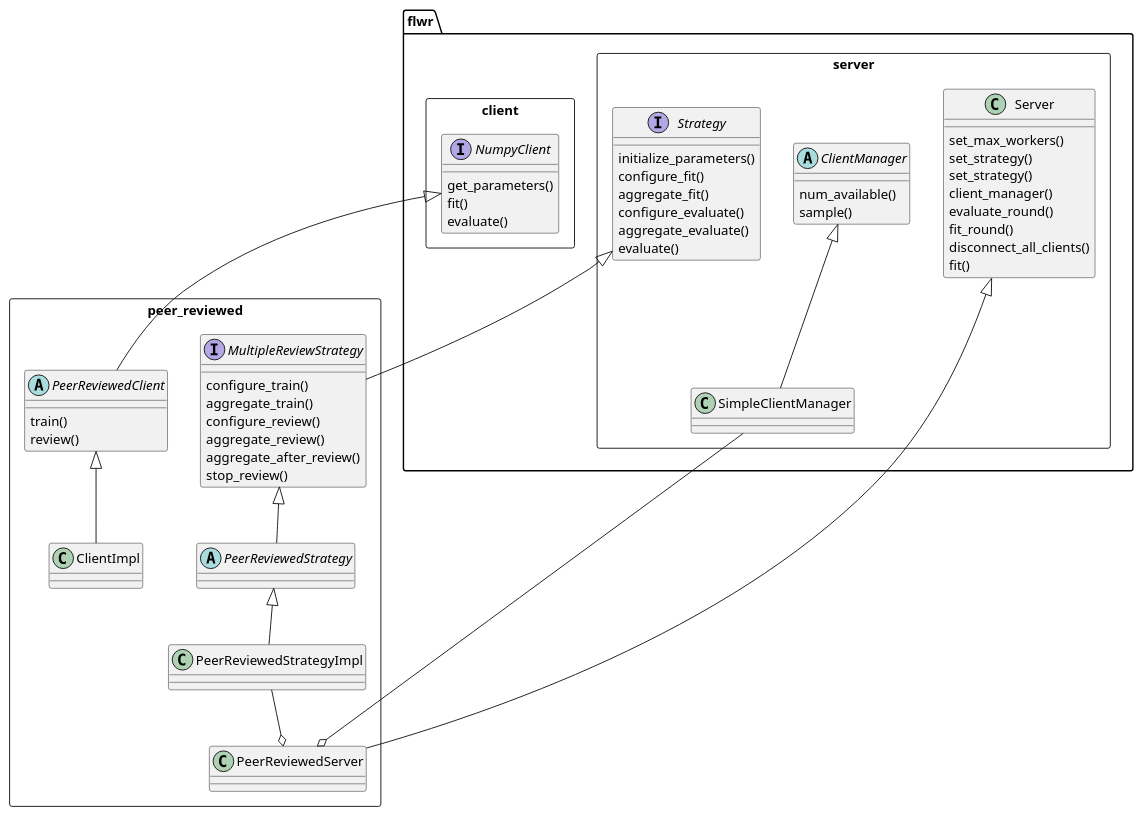
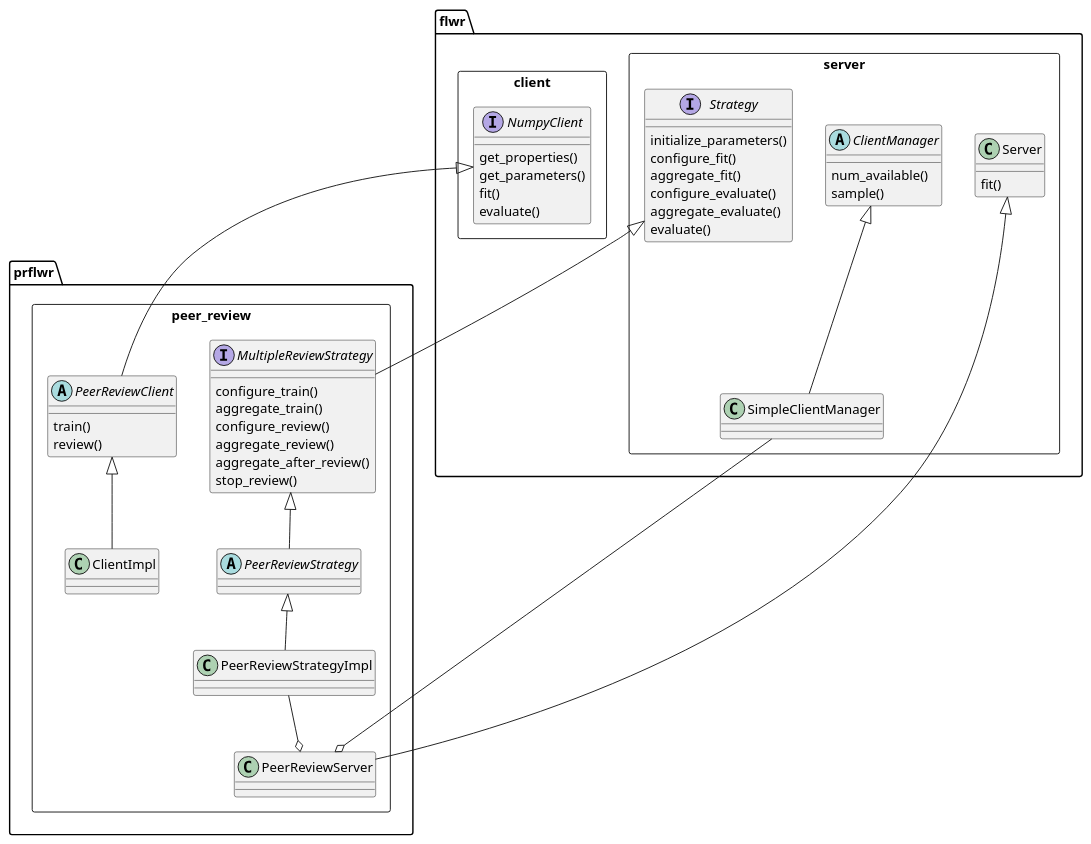
Before and after one commit to passerim/peer-review-flower: the diagram in doc/imgs/classi.puml, drawn with PlantUML. The commit also changed 5 other files, not shown here.

Commit message:
Updated diagrams and readme

```diff
--- a/doc/imgs/classi.puml
+++ b/doc/imgs/classi.puml
@@ -1,83 +1,77 @@
 @startuml classi
 package flwr.server <<Rectangle>> {
 
     class Server {
-        set_max_workers()
-        set_strategy()
-        set_strategy()
-        client_manager()
-        evaluate_round()
-        fit_round()
-        disconnect_all_clients()
         fit()
     }
 
     interface Strategy {
         initialize_parameters()
         configure_fit()
         aggregate_fit()
         configure_evaluate()
         aggregate_evaluate()
         evaluate()
     }
 
     abstract ClientManager {
         num_available()
         sample()
     }
 
     class SimpleClientManager{
     }
 
 }
 
 package flwr.client <<Rectangle>> {
 
     interface NumpyClient {
+        get_properties()
         get_parameters()
         fit()
         evaluate()
     }
 
 }
 
-package peer_reviewed <<Rectangle>> {
+package prflwr.peer_review <<Rectangle>> {
 
-    abstract PeerReviewedClient {
+    abstract PeerReviewClient {
         train()
         review()
     }
 
     class ClientImpl{
     }
 
-    class PeerReviewedServer{
+    class PeerReviewServer{
     }
 
     interface MultipleReviewStrategy {
         configure_train()
         aggregate_train()
         configure_review()
         aggregate_review()
         aggregate_after_review()
         stop_review()
     }
 
-    abstract PeerReviewedStrategy {
+    abstract PeerReviewStrategy {
     }
 
-    class PeerReviewedStrategyImpl{
+    class PeerReviewStrategyImpl{
     }
 
 }
 
 ClientManager <|-- SimpleClientManager
-Server <|-- PeerReviewedServer
-PeerReviewedClient <|-- ClientImpl
-NumpyClient <|-- PeerReviewedClient
+Server <|-- PeerReviewServer
+PeerReviewClient <|-- ClientImpl
+NumpyClient <|-- PeerReviewClient
 Strategy <|-- MultipleReviewStrategy
-MultipleReviewStrategy <|-- PeerReviewedStrategy
-PeerReviewedStrategy <|-- PeerReviewedStrategyImpl
-PeerReviewedStrategyImpl --o PeerReviewedServer
-SimpleClientManager --o PeerReviewedServer
+MultipleReviewStrategy <|-- PeerReviewStrategy
+PeerReviewStrategy <|-- PeerReviewStrategyImpl
+PeerReviewStrategyImpl --o PeerReviewServer
+SimpleClientManager --o PeerReviewServer
 @enduml
```
